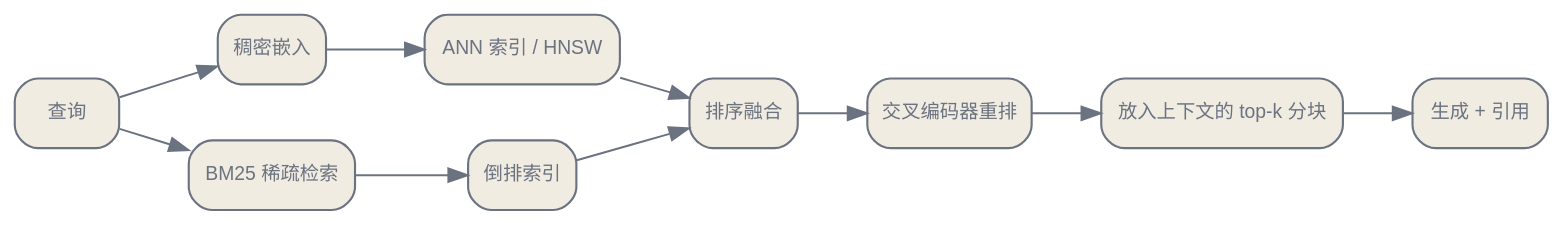
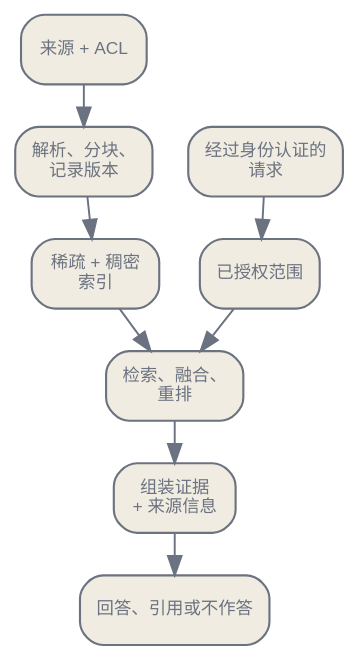
Before and after one commit to latere-ai/ai-as-an-infrastructure: the diagram in zh/orchestration/08-rag-retrieval.qmd, drawn with Graphviz. The commit also changed other lines of this file and 6 other files, not shown here.

````diff
--- a/zh/orchestration/08-rag-retrieval.qmd
+++ b/zh/orchestration/08-rag-retrieval.qmd
@@ -129,31 +45,26 @@
 ```{dot}
-//| label: fig-rag-funnel
-//| fig-cap: "朴素 RAG 流水线。左侧成本低、覆盖宽的阶段，把一份短名单交给右侧昂贵而精细的阶段，于是交叉编码器永远只对少数几个候选评分。"
+//| label: fig-rag-runtime-contract
+//| fig-cap: "检索契约包括离线路径和在线路径。两条路径在带版本的索引快照处相接；授权在候选生成阶段限制搜索范围，随后检索文本才会进入重排或生成阶段。"
 digraph {
   bgcolor="transparent";
-  rankdir=LR;
-  nodesep=0.4; ranksep=0.5;
-  node [shape=box, style="rounded,filled", fontname="Helvetica", fontsize=10, color="#6b7280", fontcolor="#6b7280", fillcolor="#f1ece1", penwidth=1.1];
-  edge [fontsize=10, fontname="Helvetica", color="#6b7280", fontcolor="#6b7280"];
+  rankdir=TB;
+  nodesep=0.25;
+  ranksep=0.30;
+  node [shape=box, style="rounded,filled", fontname="Helvetica", fontsize=9, color="#6b7280", fontcolor="#6b7280", fillcolor="#f1ece1", penwidth=1.1];
+  edge [fontname="Helvetica", fontsize=8, color="#6b7280", fontcolor="#6b7280"];
 
-  Q [label="查询"];
-  DE [label="稠密嵌入"];
-  SP [label="BM25 稀疏检索"];
-  ANN [label="ANN 索引 / HNSW"];
-  INV [label="倒排索引"];
-  FUSE [label="排序融合"];
-  RR [label="交叉编码器重排"];
-  CTX [label="放入上下文的 top-k 分块"];
-  GEN [label="生成 + 引用"];
+  source [label="来源 + ACL"];
+  ingest [label="解析、分块、\n记录版本"];
+  index [label="稀疏 + 稠密\n索引"];
+  request [label="经过身份认证的\n请求"];
+  scope [label="已授权范围"];
+  retrieve [label="检索、融合、\n重排"];
+  pack [label="组装证据\n+ 来源信息"];
+  answer [label="回答、引用或不作答"];
 
-  Q -> DE;
-  Q -> SP;
-  DE -> ANN;
-  SP -> INV;
-  ANN -> FUSE;
-  INV -> FUSE;
-  FUSE -> RR;
-  RR -> CTX;
-  CTX -> GEN;
+  source -> ingest -> index;
+  request -> scope -> retrieve;
+  index -> retrieve;
+  retrieve -> pack -> answer;
 }
 ```
````
